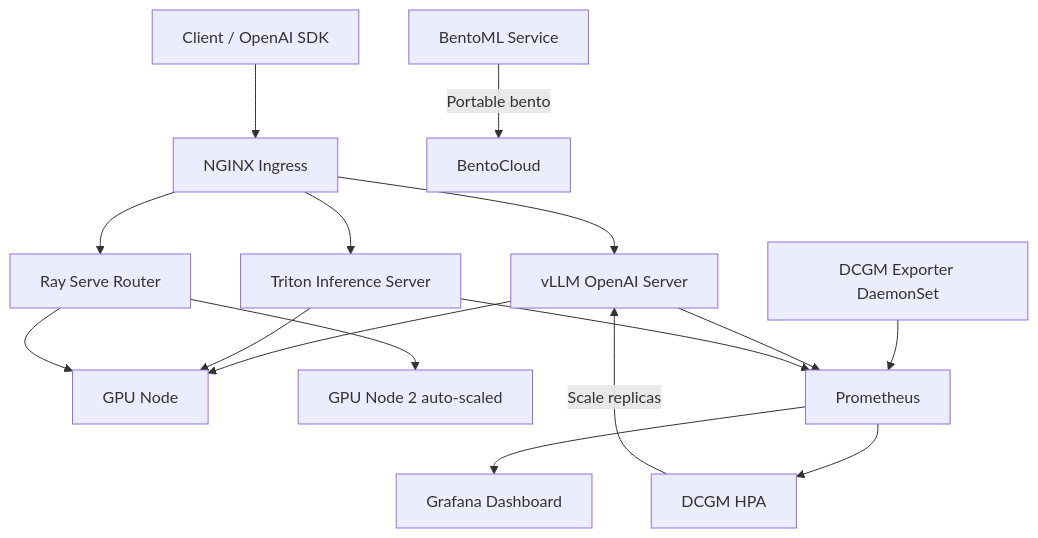
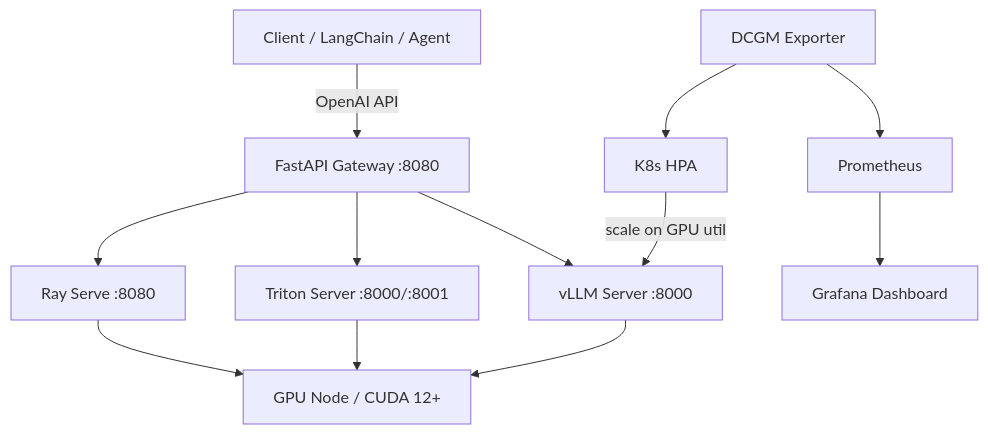
One commit to maxgregaabig/model-serving-stack changed the diagram in docs/architecture.md. Above: the diagram before and after it, drawn with Mermaid. The commit also changed other lines of this file and 21 other files, not shown here.

````diff
--- a/docs/architecture.md
+++ b/docs/architecture.md
@@ -5,21 +8,14 @@
 ```mermaid
 graph TD
-    Client[Client / OpenAI SDK] --> Ingress[NGINX Ingress]
-    Ingress --> vLLM[vLLM OpenAI Server]
-    Ingress --> Triton[Triton Inference Server]
-    Ingress --> Ray[Ray Serve Router]
-
-    vLLM --> GPU1[GPU Node]
-    Triton --> GPU1
-    Ray --> GPU1
-    Ray --> GPU2[GPU Node 2 auto-scaled]
-
-    DCGM[DCGM Exporter DaemonSet] --> Prometheus
-    vLLM --> Prometheus
-    Triton --> Prometheus
-    Prometheus --> Grafana[Grafana Dashboard]
-    Prometheus --> HPA[DCGM HPA]
-    HPA -->|Scale replicas| vLLM
-
-    BentoML[BentoML Service] -->|Portable bento| BentoCloud
+    Client[Client / LangChain / Agent] -->|OpenAI API| GW[FastAPI Gateway :8080]
+    GW --> vLLM[vLLM Server :8000]
+    GW --> Triton[Triton Server :8000/:8001]
+    GW --> Ray[Ray Serve :8080]
+    vLLM --> GPU[GPU Node / CUDA 12+]
+    Triton --> GPU
+    Ray --> GPU
+    DCGM[DCGM Exporter] --> Prom[Prometheus]
+    Prom --> Grafana[Grafana Dashboard]
+    HPA[K8s HPA] -->|scale on GPU util| vLLM
+    DCGM --> HPA
 ```
````
